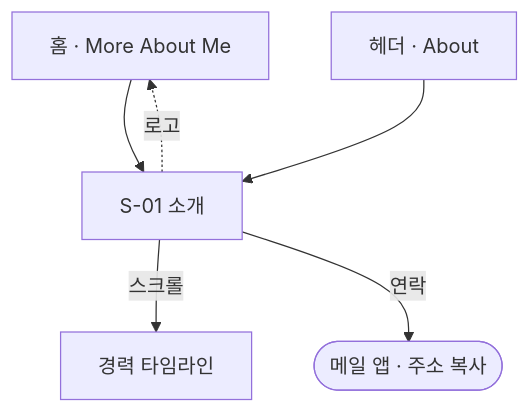
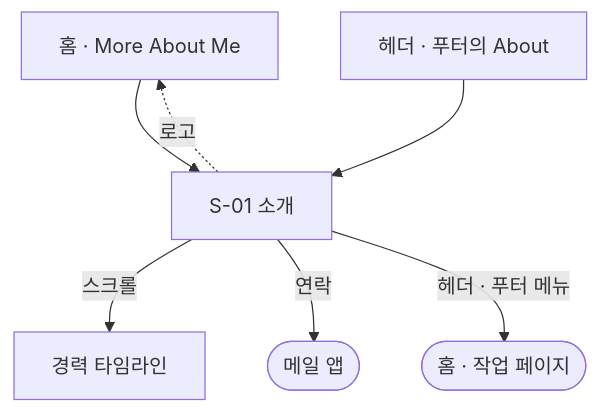
One commit to GUNIZZI/portfolio changed the first of 2 diagrams in docs/plan/about/userflow.md. Above: the diagram before and after it, drawn with Mermaid. The commit also changed other lines of this file and 31 other files, not shown here.

````diff
--- a/docs/plan/about/userflow.md
+++ b/docs/plan/about/userflow.md
@@ -7,8 +7,9 @@
 ```mermaid
 flowchart TD
     HOME["홈 · More About Me"]:::step --> A["S-01 소개"]:::screen
-    NAV["헤더 · About"]:::step --> A
+    NAV["헤더 · 푸터의 About"]:::step --> A
     A -->|"스크롤"| TL["경력 타임라인"]:::step
-    A -->|"연락"| C(["메일 앱 · 주소 복사"]):::done
+    A -->|"연락"| C(["메일 앱"]):::done
+    A -->|"헤더 · 푸터 메뉴"| HS(["홈 · 작업 페이지"]):::done
     A -.->|"로고"| HOME
 ```
````
